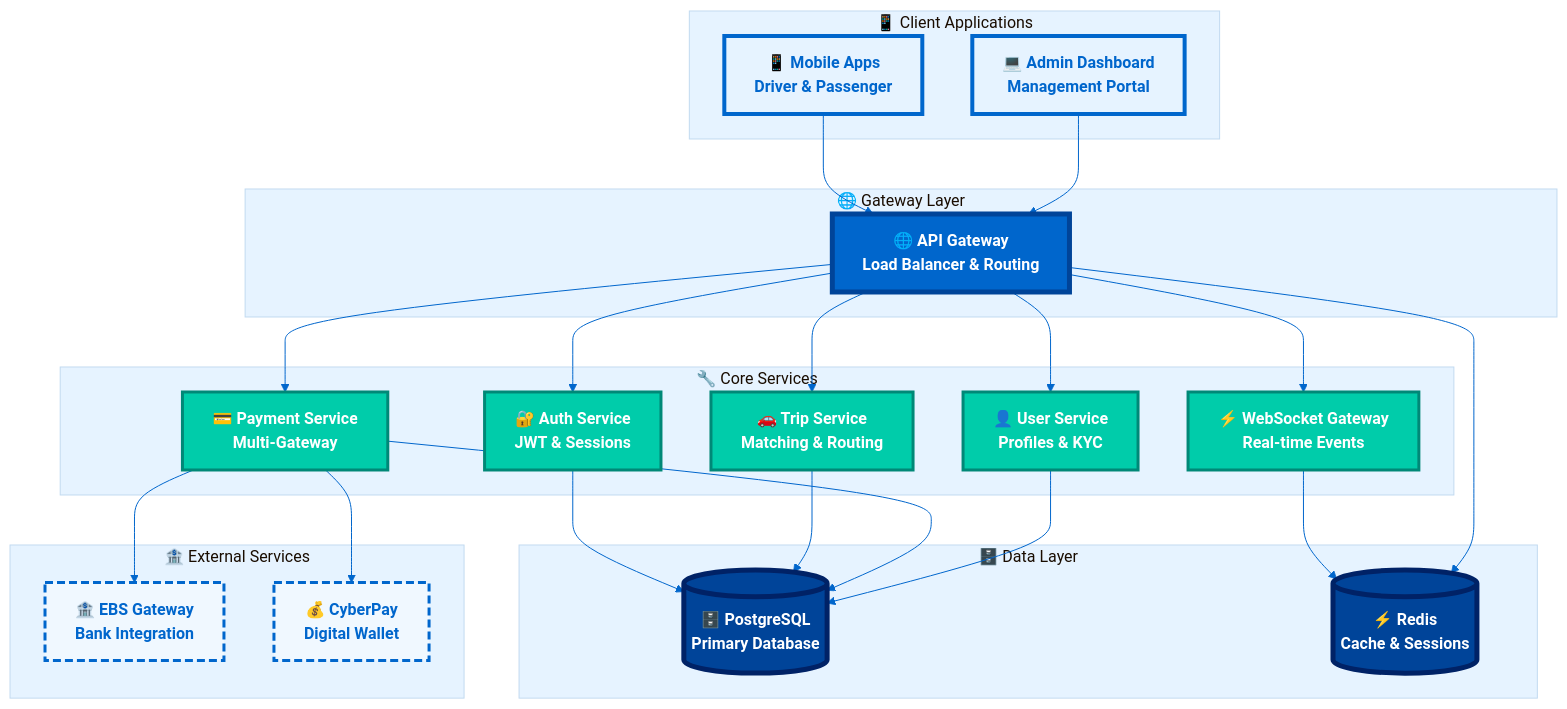
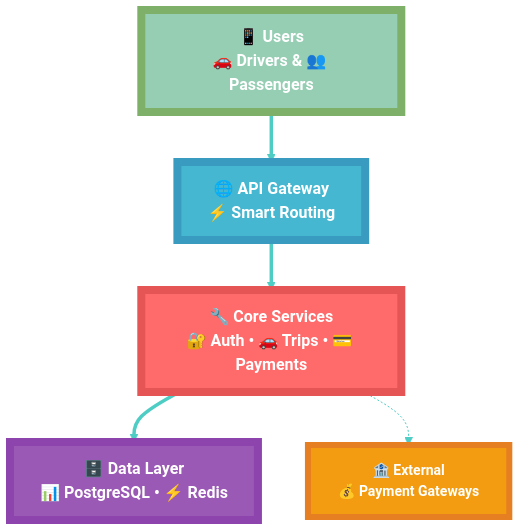
One commit to abdoElHodaky/transportapp changed the fourth of 5 diagrams in README.md. Above: the diagram before and after it, drawn with Mermaid. The commit also changed other lines of this file and 2 other files, not shown here.

````diff
--- a/README.md
+++ b/README.md
@@ -461,80 +404,44 @@
 ```mermaid
 %%{init: {
   'theme': 'base',
   'themeVariables': {
     'background': 'transparent',
-    'primaryColor': '#0066cc',
+    'primaryColor': '#FF6B6B',
     'primaryTextColor': '#ffffff',
-    'primaryBorderColor': '#004499',
-    'lineColor': '#0066cc',
-    'secondaryColor': '#00ccaa',
-    'tertiaryColor': '#e6f3ff'
+    'primaryBorderColor': '#E55555',
+    'lineColor': '#4ECDC4',
+    'secondaryColor': '#45B7D1',
+    'tertiaryColor': '#96CEB4'
   }
 }}%%
 flowchart TB
-    %% Client Applications Layer
-    subgraph ClientApps["📱 Client Applications"]
-        MA["📱 Mobile Apps<br/>Driver & Passenger"]
-        AD["💻 Admin Dashboard<br/>Management Portal"]
-    end
+    %% Simplified Architecture Flow
+    USERS["📱 Users<br/>🚗 Drivers & 👥 Passengers"]
     
-    %% API Gateway Layer
-    subgraph Gateway["🌐 Gateway Layer"]
-        AG["🌐 API Gateway<br/>Load Balancer & Routing"]
-    end
+    API["🌐 API Gateway<br/>⚡ Smart Routing"]
     
-    %% Core Services Layer
-    subgraph CoreServices["🔧 Core Services"]
-        AS["🔐 Auth Service<br/>JWT & Sessions"]
-        TS["🚗 Trip Service<br/>Matching & Routing"]
-        PS["💳 Payment Service<br/>Multi-Gateway"]
-        US["👤 User Service<br/>Profiles & KYC"]
-        WS["⚡ WebSocket Gateway<br/>Real-time Events"]
-    end
+    SERVICES["🔧 Core Services<br/>🔐 Auth • 🚗 Trips • 💳 Payments"]
     
-    %% Data Layer
-    subgraph DataLayer["🗄️ Data Layer"]
-        DB[("🗄️ PostgreSQL<br/>Primary Database")]
-        RD[("⚡ Redis<br/>Cache & Sessions")]
-    end
+    DATA["🗄️ Data Layer<br/>📊 PostgreSQL • ⚡ Redis"]
     
-    %% External Services
-    subgraph ExternalServices["🏦 External Services"]
-        EBS["🏦 EBS Gateway<br/>Bank Integration"]
-        CP["💰 CyberPay<br/>Digital Wallet"]
-    end
+    EXTERNAL["🏦 External<br/>💰 Payment Gateways"]
     
-    %% Connections
-    MA --> AG
-    AD --> AG
+    %% Eye-catching connections
+    USERS ==> API
+    API ==> SERVICES
+    SERVICES ==> DATA
+    SERVICES -.-> EXTERNAL
     
-    AG --> AS
-    AG --> TS
-    AG --> PS
-    AG --> US
-    AG --> WS
+    %% Distinguished Eye-catching Styling
+    classDef users fill:#96CEB4,stroke:#7FB069,stroke-width:8px,color:#ffffff,font-weight:bold,font-size:16px
+    classDef api fill:#45B7D1,stroke:#3A9BC1,stroke-width:8px,color:#ffffff,font-weight:bold,font-size:16px
+    classDef services fill:#FF6B6B,stroke:#E55555,stroke-width:8px,color:#ffffff,font-weight:bold,font-size:16px
+    classDef data fill:#9B59B6,stroke:#8E44AD,stroke-width:8px,color:#ffffff,font-weight:bold,font-size:16px
+    classDef external fill:#F39C12,stroke:#E67E22,stroke-width:6px,color:#ffffff,font-weight:bold,font-size:14px
     
-    AS --> DB
-    TS --> DB
-    PS --> DB
-    US --> DB
-    
-    WS --> RD
-    AG --> RD
-    
-    PS --> EBS
-    PS --> CP
-
-    %% Professional Styling with Distinguished Colors
-    classDef clientApp fill:#e6f3ff,stroke:#0066cc,stroke-width:4px,color:#0066cc,font-weight:bold
-    classDef gateway fill:#0066cc,stroke:#004499,stroke-width:5px,color:#ffffff,font-weight:bold
-    classDef coreService fill:#00ccaa,stroke:#008877,stroke-width:3px,color:#ffffff,font-weight:bold
-    classDef dataStore fill:#004499,stroke:#002266,stroke-width:5px,color:#ffffff,font-weight:bold
-    classDef external fill:#f0f8ff,stroke:#0066cc,stroke-width:3px,color:#0066cc,font-weight:bold,stroke-dasharray:8 4
-
-    class MA,AD clientApp
-    class AG gateway
-    class AS,TS,PS,US,WS coreService
-    class DB,RD dataStore
-    class EBS,CP external
+    class USERS users
+    class API api
+    class SERVICES services
+    class DATA data
+    class EXTERNAL external
 ```
````
